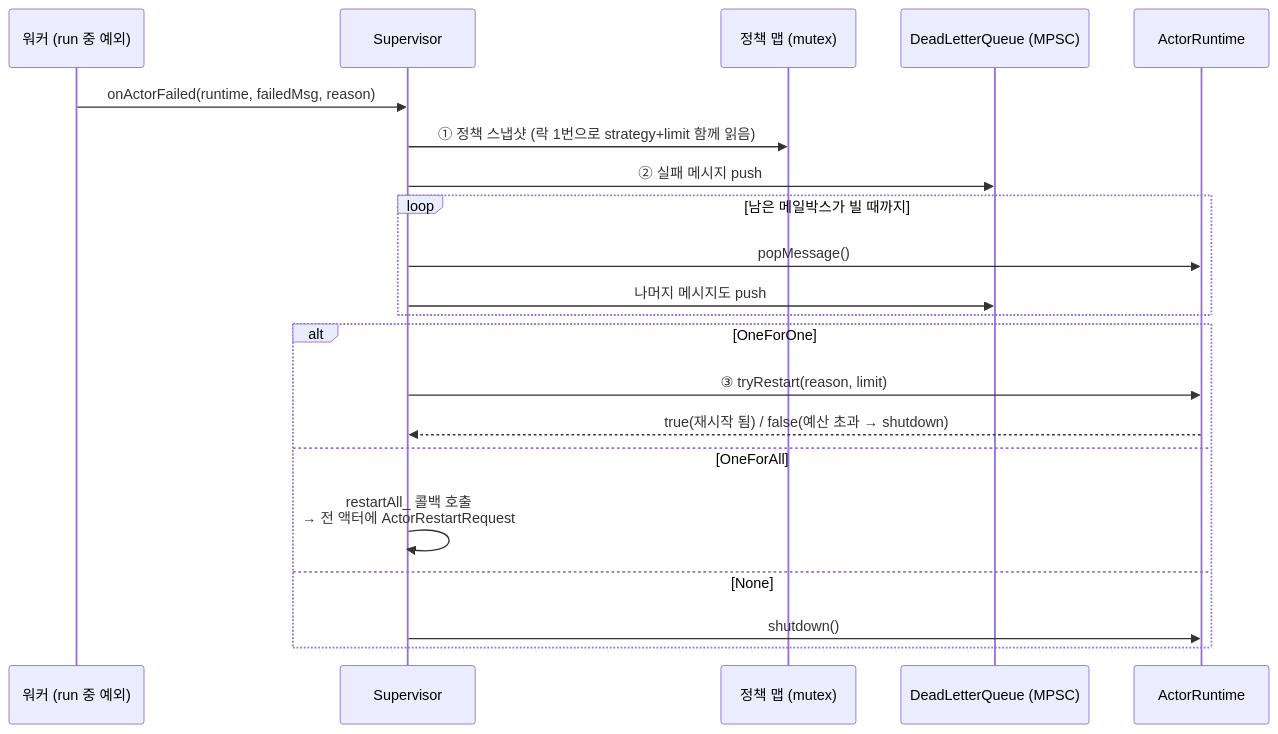
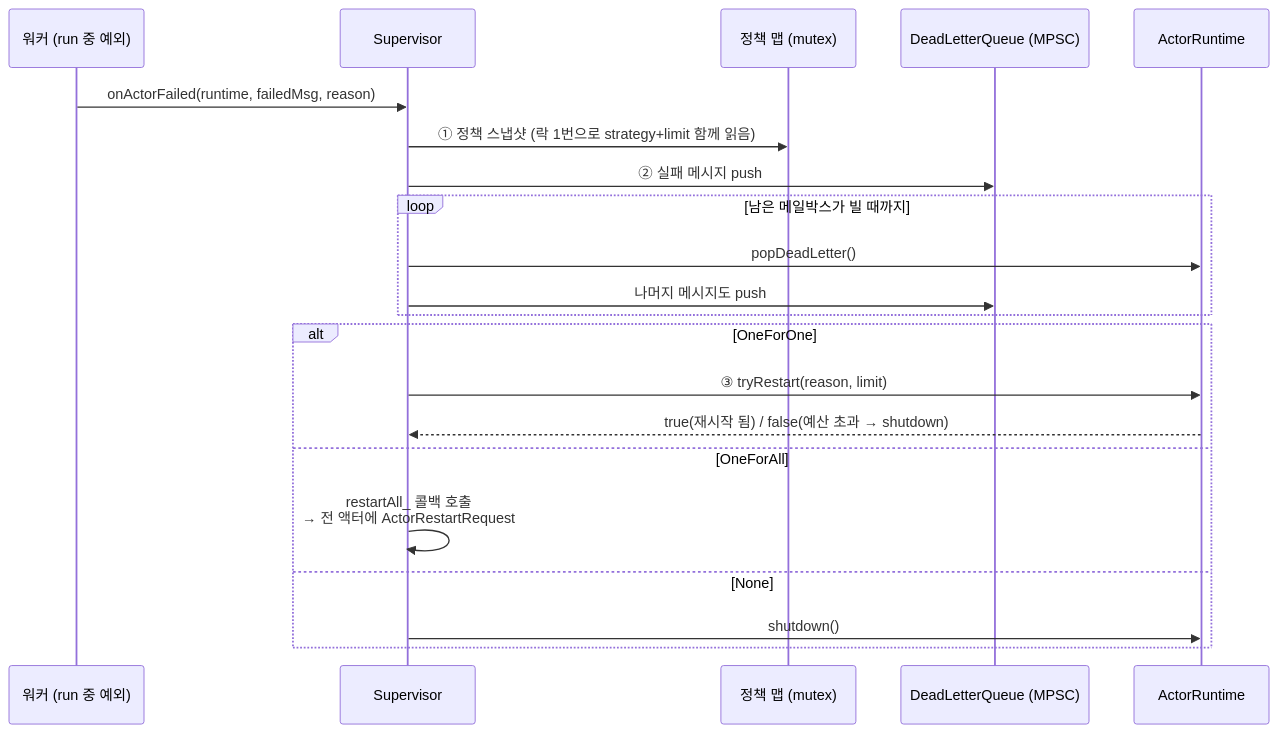
Before and after one commit to shoenkh15324/V2-Engine: the diagram in docs/architecture/concepts/supervision.md, drawn with Mermaid. The commit also changed other lines of this file and 22 other files, not shown here.

````diff
--- a/docs/architecture/concepts/supervision.md
+++ b/docs/architecture/concepts/supervision.md
@@ -158,24 +158,24 @@
 ```mermaid
 sequenceDiagram
     participant W as 워커 (run 중 예외)
     participant S as Supervisor
     participant P as 정책 맵 (mutex)
     participant DLQ as DeadLetterQueue (MPSC)
     participant RT as ActorRuntime
 
     W->>S: onActorFailed(runtime, failedMsg, reason)
     S->>P: ① 정책 스냅샷 (락 1번으로 strategy+limit 함께 읽음)
     S->>DLQ: ② 실패 메시지 push
     loop 남은 메일박스가 빌 때까지
-        S->>RT: popMessage()
+        S->>RT: popDeadLetter()
         S->>DLQ: 나머지 메시지도 push
     end
     alt OneForOne
         S->>RT: ③ tryRestart(reason, limit)
         RT-->>S: true(재시작 됨) / false(예산 초과 → shutdown)
     else OneForAll
         S->>S: restartAll_ 콜백 호출<br/>→ 전 액터에 ActorRestartRequest
     else None
         S->>RT: shutdown()
     end
 ```
````
